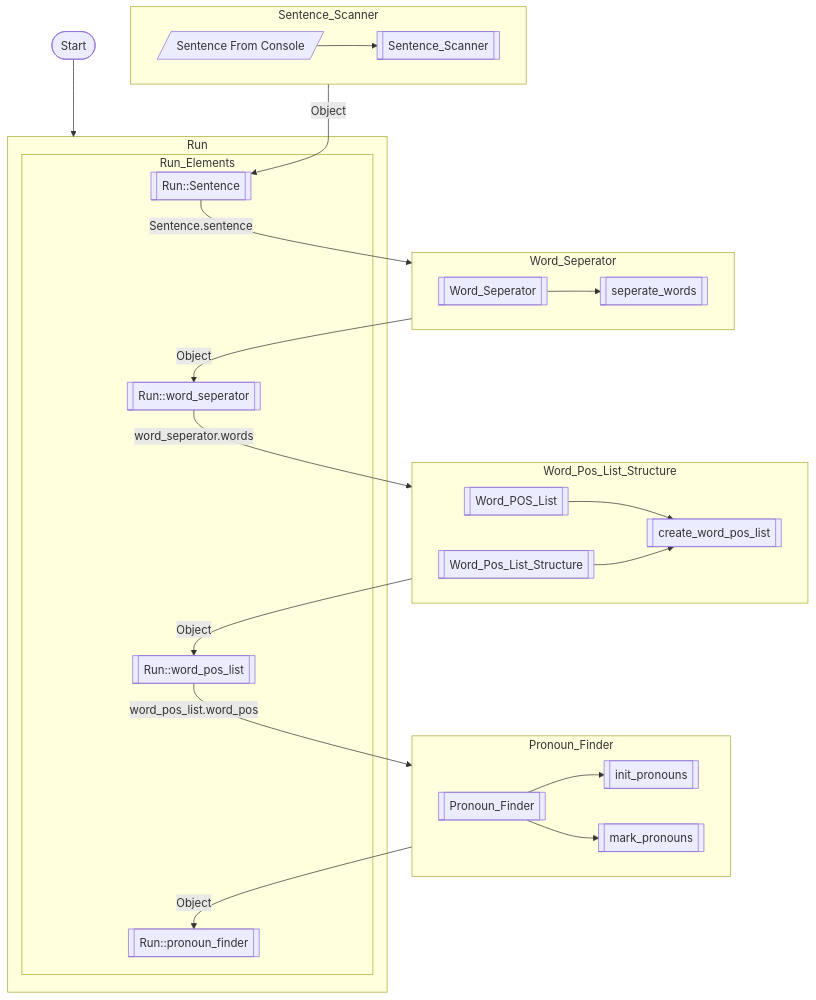
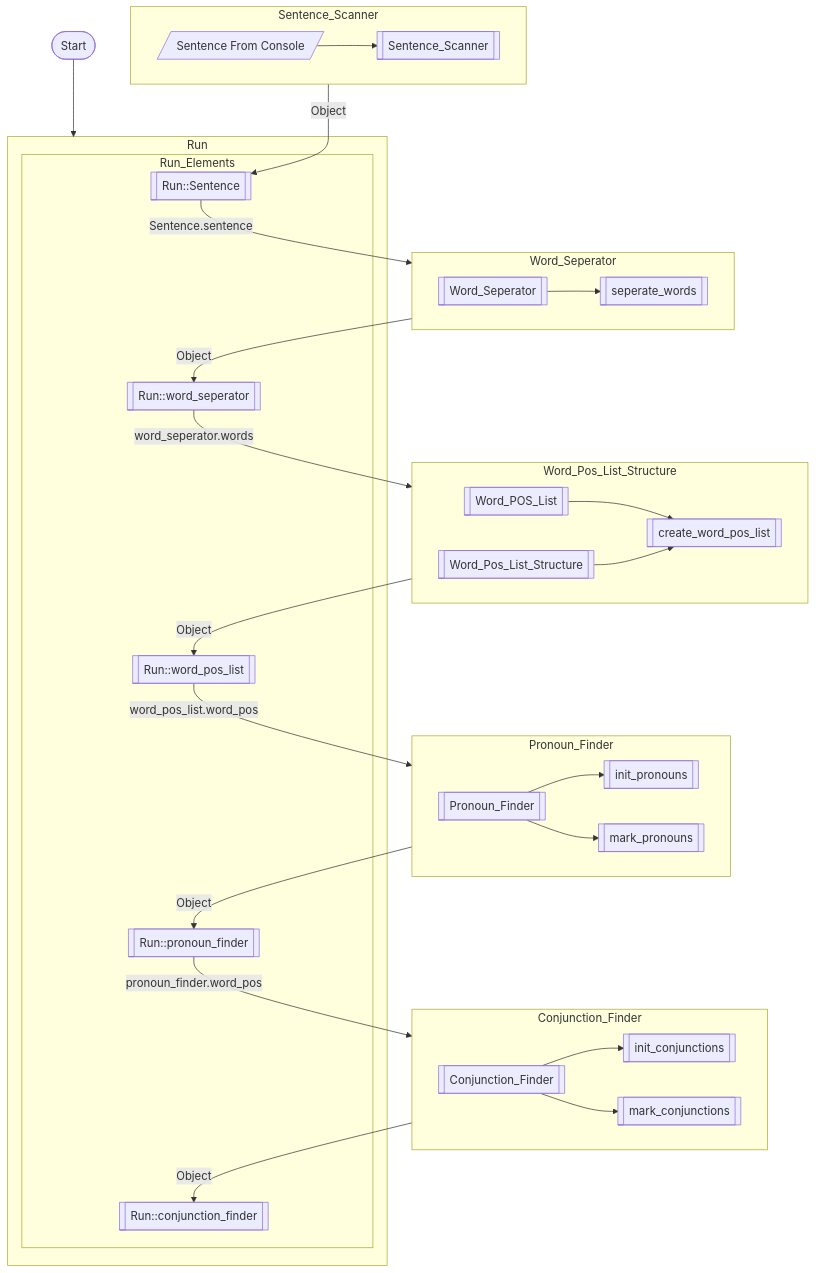
Before and after one commit to masnm/POS-tagging: the second of 2 diagrams in src/README.md, drawn with Mermaid. The commit also changed other lines of this file and 10 other files, not shown here.

````diff
--- a/src/README.md
+++ b/src/README.md
@@ -75,51 +85,62 @@
 ```mermaid
 flowchart TD
 	ST([Start])
 
 	subgraph Sentence_Scanner
 		B[/Sentence From Console/]
 		C[[Sentence_Scanner]]
 		B --> C
 	end
 	
 	subgraph Word_Seperator
 		D[[Word_Seperator]]
 		D0[[seperate_words]]
 		D --> D0
 	end
 
 	subgraph Word_Pos_List_Structure
 		E[[Word_Pos_List_Structure]]
 		E0[[create_word_pos_list]]
 		E1[[Word_POS_List]]
 		E1 --> E0
 		E --> E0
 	end
 
 	subgraph Pronoun_Finder
 		F[[Pronoun_Finder]]
 		F0[[init_pronouns]]
 		F1[[mark_pronouns]]
 		F --> F0
 		F --> F1
 	end
 
+	subgraph Conjunction_Finder
+		G[[Conjunction_Finder]]
+		G0[[init_conjunctions]]
+		G1[[mark_conjunctions]]
+		G --> G0
+		G --> G1
+	end
+
 	subgraph Run
 		subgraph Run_Elements
 			AA[[Run::Sentence]]
 			AB[[Run::word_seperator]]
 			AC[[Run::word_pos_list]]
 			AD[[Run::pronoun_finder]]
+			AE[[Run::conjunction_finder]]
 		end
 	end
 
 	ST --> Run
 
 	Sentence_Scanner -- Object --> AA
 	AA -- Sentence.sentence --> Word_Seperator
 	Word_Seperator -- Object --> AB
 	AB -- word_seperator.words --> Word_Pos_List_Structure
 	Word_Pos_List_Structure -- Object --> AC
 	AC -- word_pos_list.word_pos --> Pronoun_Finder
 	Pronoun_Finder -- Object --> AD
+	AD -- pronoun_finder.word_pos --> Conjunction_Finder
+	Conjunction_Finder -- Object --> AE
 ```
````
